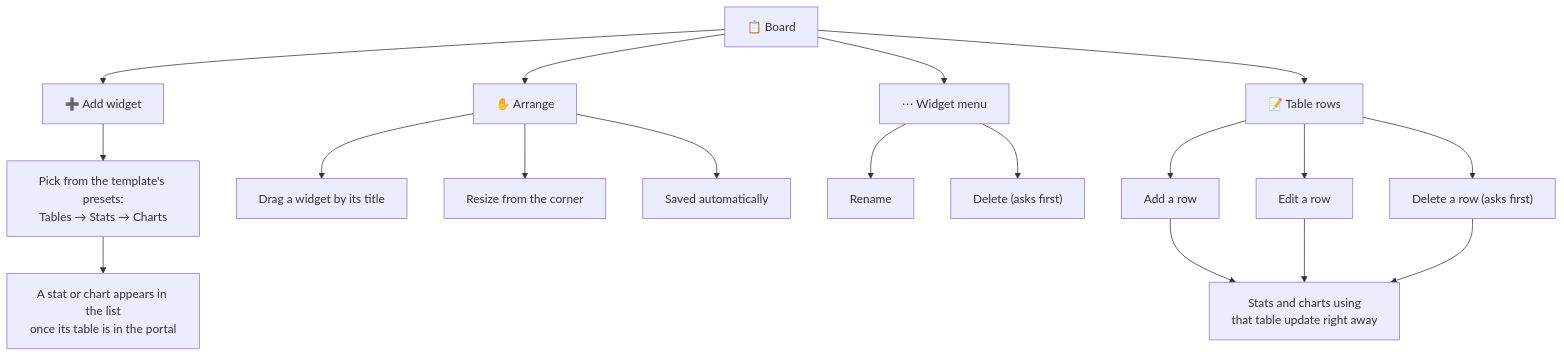
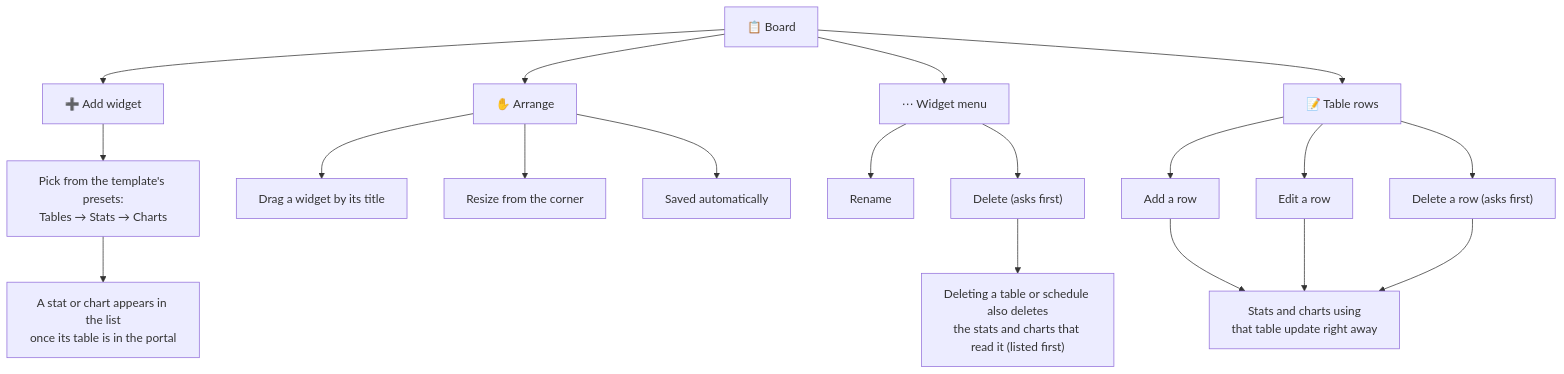
One commit to bbfrancis23/portal-boards changed the second of 4 diagrams in docs/how-it-works/users.md. Above: the diagram before and after it, drawn with Mermaid. The commit also changed 8 other files, not shown here.

Commit message:
Data widget delete also deletes any dependent widgets (#168)

````diff
--- a/docs/how-it-works/users.md
+++ b/docs/how-it-works/users.md
@@ -26,25 +26,26 @@
 ```mermaid
 flowchart TD
     Board["📋 Board"]
 
     Board --> Add["➕ Add widget"]
     Add --> Presets["Pick from the template's presets:<br/>Tables → Stats → Charts"]
     Presets --> Note["A stat or chart appears in the list<br/>once its table is in the portal"]
 
     Board --> Arrange["✋ Arrange"]
     Arrange --> Drag["Drag a widget by its title"]
     Arrange --> Resize["Resize from the corner"]
     Arrange --> Saved["Saved automatically"]
 
     Board --> Menu["⋯ Widget menu"]
     Menu --> Rename["Rename"]
     Menu --> Delete["Delete (asks first)"]
+    Delete --> DelData["Deleting a table or schedule also deletes<br/>the stats and charts that read it (listed first)"]
 
     Board --> Rows["📝 Table rows"]
     Rows --> AddRow["Add a row"]
     Rows --> EditRow["Edit a row"]
     Rows --> DelRow["Delete a row (asks first)"]
     AddRow --> Live["Stats and charts using<br/>that table update right away"]
     EditRow --> Live
     DelRow --> Live
 ```
````
